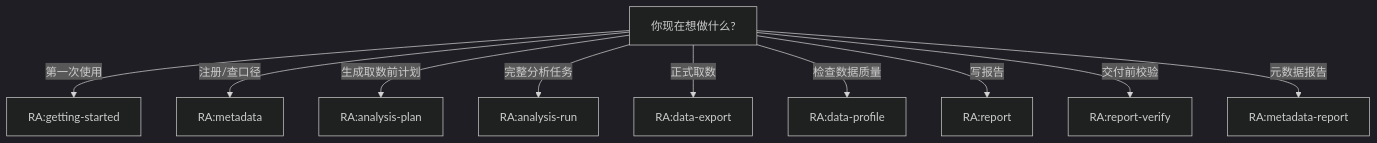
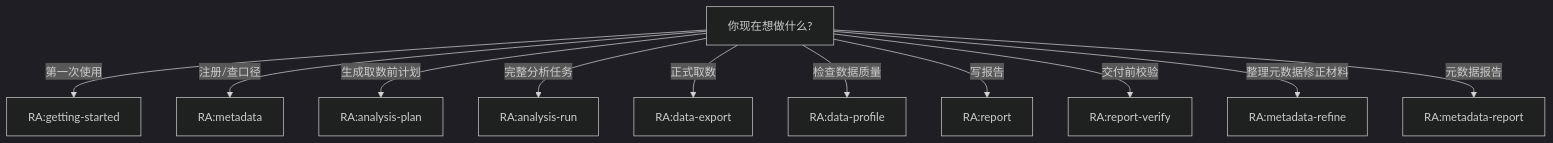
One commit to dabaige53/RealAnalyst changed the second of 2 diagrams in README.md. Above: the diagram before and after it, drawn with Mermaid (dark theme). The commit also changed other lines of this file and 20 other files, not shown here.

Commit message:
feat: add metadata refine workflow

````diff
--- a/README.md
+++ b/README.md
@@ -233,13 +233,14 @@
 ```mermaid
 flowchart TD
     Q[你现在想做什么?]
     Q -->|第一次使用| GS[RA:getting-started]
     Q -->|注册/查口径| M[RA:metadata]
     Q -->|生成取数前计划| AP[RA:analysis-plan]
     Q -->|完整分析任务| AR[RA:analysis-run]
     Q -->|正式取数| EX[RA:data-export]
     Q -->|检查数据质量| DP[RA:data-profile]
     Q -->|写报告| R[RA:report]
     Q -->|交付前校验| RV[RA:report-verify]
+    Q -->|整理元数据修正材料| REF[RA:metadata-refine]
     Q -->|元数据报告| MR[RA:metadata-report]
 ```
````
